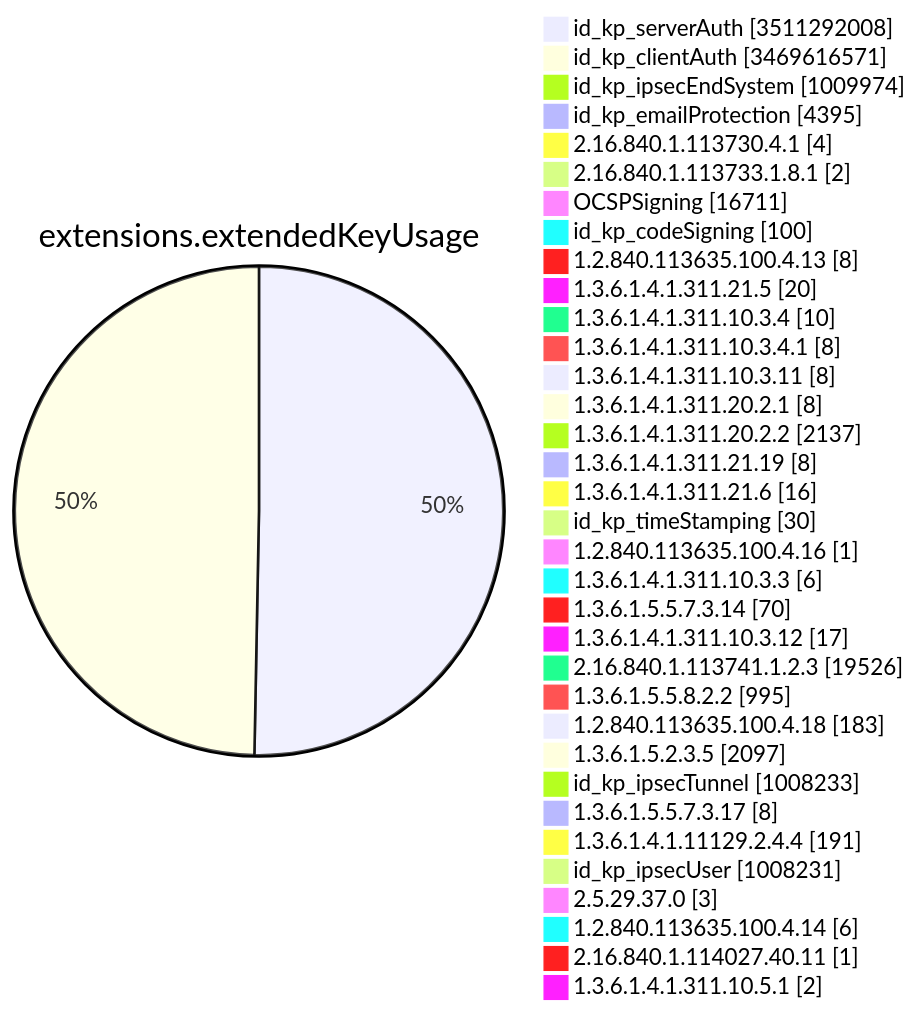
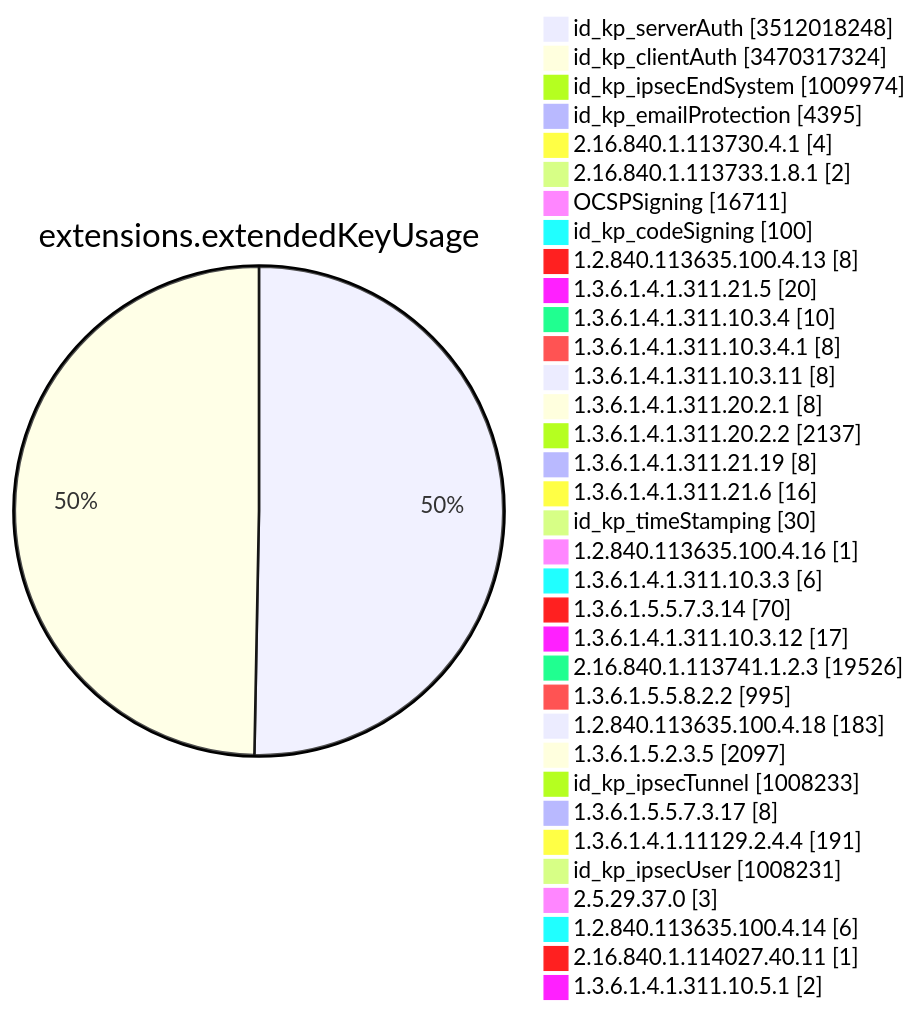
Diagram 11 of 15 in TOTAL/README.md (christiankrug/ctmonitor_visualization), drawn with Mermaid before and after one commit. The commit also changed other lines of this file, not shown here.

````diff
--- a/TOTAL/README.md
+++ b/TOTAL/README.md
@@ -4126,38 +4126,38 @@
 ```mermaid
 pie showData
 title extensions.extendedKeyUsage
-"id_kp_serverAuth" :3511292008
-"id_kp_clientAuth" :3469616571
+"id_kp_serverAuth" :3512018248
+"id_kp_clientAuth" :3470317324
 "id_kp_ipsecEndSystem" :1009974
 "id_kp_emailProtection" :4395
 "2.16.840.1.113730.4.1" :4
 "2.16.840.1.113733.1.8.1" :2
 "OCSPSigning" :16711
 "id_kp_codeSigning" :100
 "1.2.840.113635.100.4.13" :8
 "1.3.6.1.4.1.311.21.5" :20
 "1.3.6.1.4.1.311.10.3.4" :10
 "1.3.6.1.4.1.311.10.3.4.1" :8
 "1.3.6.1.4.1.311.10.3.11" :8
 "1.3.6.1.4.1.311.20.2.1" :8
 "1.3.6.1.4.1.311.20.2.2" :2137
 "1.3.6.1.4.1.311.21.19" :8
 "1.3.6.1.4.1.311.21.6" :16
 "id_kp_timeStamping" :30
 "1.2.840.113635.100.4.16" :1
 "1.3.6.1.4.1.311.10.3.3" :6
 "1.3.6.1.5.5.7.3.14" :70
 "1.3.6.1.4.1.311.10.3.12" :17
 "2.16.840.1.113741.1.2.3" :19526
 "1.3.6.1.5.5.8.2.2" :995
 "1.2.840.113635.100.4.18" :183
 "1.3.6.1.5.2.3.5" :2097
 "id_kp_ipsecTunnel" :1008233
 "1.3.6.1.5.5.7.3.17" :8
 "1.3.6.1.4.1.11129.2.4.4" :191
 "id_kp_ipsecUser" :1008231
 "2.5.29.37.0" :3
 "1.2.840.113635.100.4.14" :6
 "2.16.840.1.114027.40.11" :1
 "1.3.6.1.4.1.311.10.5.1" :2
 ```
````
